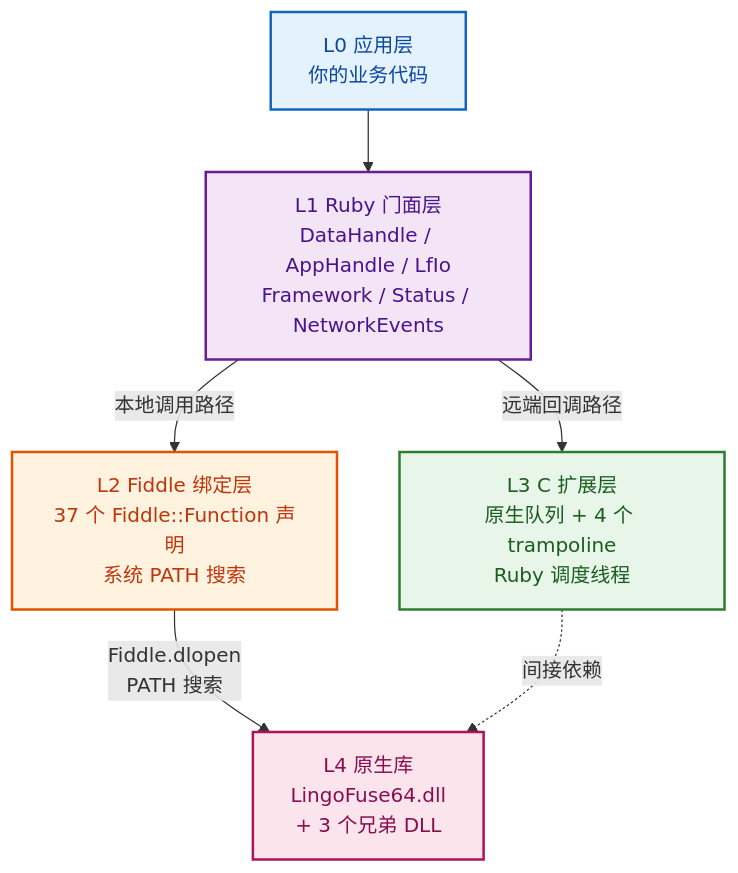
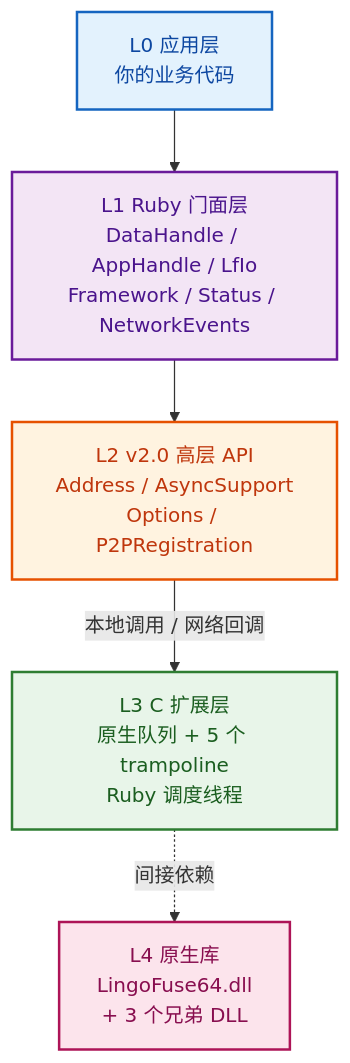
One commit to PassByYou888/LingoFuse changed the first of 14 diagrams in ruby/README.md. Above: the diagram before and after it, drawn with Mermaid. The commit also changed other lines of this file and 21 other files, not shown here.

````diff
--- a/ruby/README.md
+++ b/ruby/README.md
@@ -44,26 +56,25 @@
 ```mermaid
 flowchart TD
     L0["L0 应用层<br/>你的业务代码"]
     L1["L1 Ruby 门面层<br/>DataHandle / AppHandle / LfIo<br/>Framework / Status / NetworkEvents"]
-    L2["L2 Fiddle 绑定层<br/>37 个 Fiddle::Function 声明<br/>系统 PATH 搜索"]
-    L3["L3 C 扩展层<br/>原生队列 + 4 个 trampoline<br/>Ruby 调度线程"]
+    L2["L2 v2.0 高层 API<br/>Address / AsyncSupport<br/>Options / P2PRegistration"]
+    L3["L3 C 扩展层<br/>原生队列 + 5 个 trampoline<br/>Ruby 调度线程"]
     L4["L4 原生库<br/>LingoFuse64.dll<br/>+ 3 个兄弟 DLL"]
 
     L0 --> L1
-    L1 -->|"本地调用路径"| L2
-    L1 -->|"远端回调路径"| L3
-    L2 -->|"Fiddle.dlopen<br/>PATH 搜索"| L4
+    L1 --> L2
+    L2 -->|"本地调用 / 网络回调"| L3
     L3 -.->|"间接依赖"| L4
 
     classDef app fill:#E3F2FD,stroke:#1565C0,stroke-width:2px,color:#0D47A1
     classDef facade fill:#F3E5F5,stroke:#6A1B9A,stroke-width:2px,color:#4A148C
-    classDef fiddle fill:#FFF3E0,stroke:#E65100,stroke-width:2px,color:#BF360C
+    classDef v2 fill:#FFF3E0,stroke:#E65100,stroke-width:2px,color:#BF360C
     classDef cext fill:#E8F5E9,stroke:#2E7D32,stroke-width:2px,color:#1B5E20
     classDef native fill:#FCE4EC,stroke:#AD1457,stroke-width:2px,color:#880E4F
 
     class L0 app
     class L1 facade
-    class L2 fiddle
+    class L2 v2
     class L3 cext
     class L4 native
 ```
````
